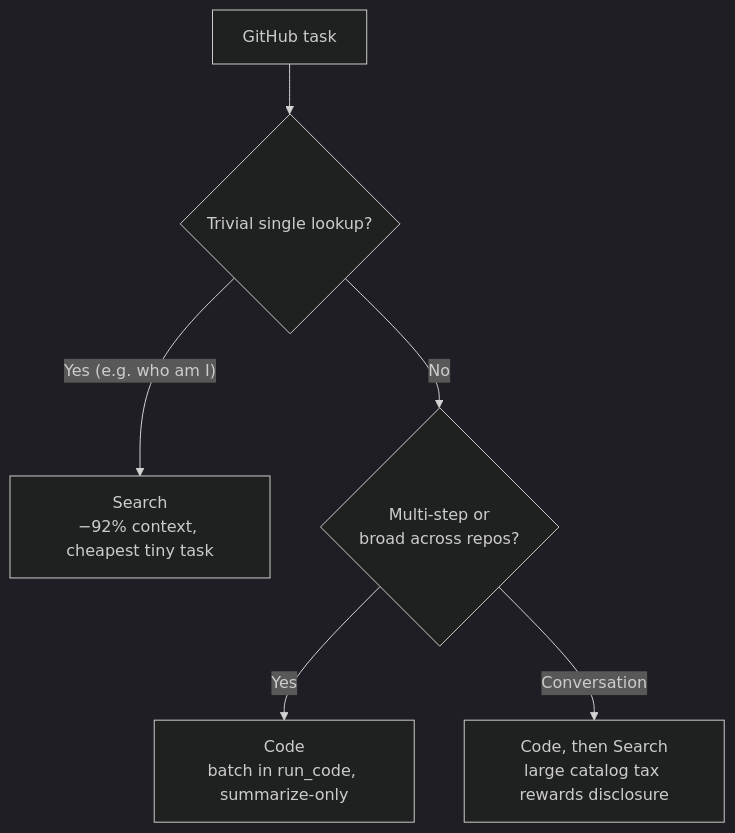
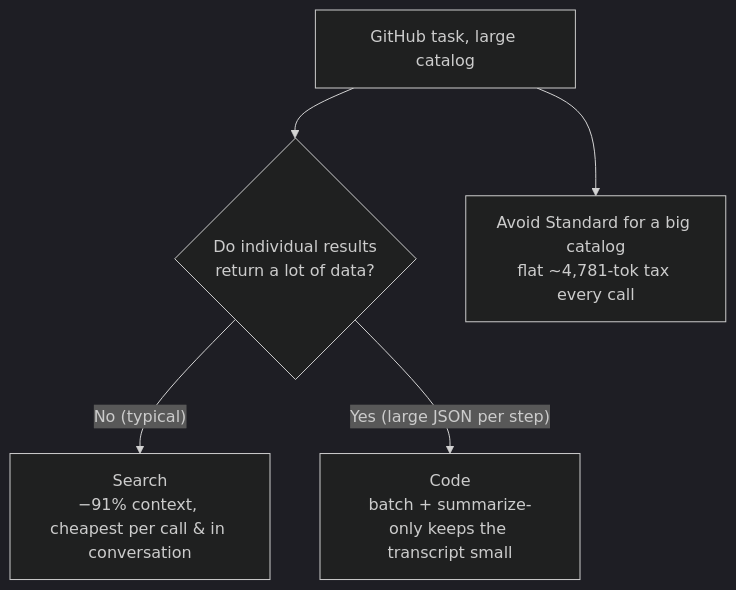
Before and after one commit to sebbycorp/agentgateway-demos: the sixth of 6 diagrams in 104-ent-github-tokenomics/README.md, drawn with Mermaid (dark theme). The commit also changed other lines of this file and 8 other files, not shown here.

First line of the commit message:
chore(104): lock test to a single read-only sandbox repo

````diff
--- a/104-ent-github-tokenomics/README.md
+++ b/104-ent-github-tokenomics/README.md
@@ -188,8 +188,7 @@
 ```mermaid
 flowchart TD
-    A[GitHub task] --> B{Trivial single lookup?}
-    B -->|"Yes (e.g. who am I)"| C[Search<br/>−92% context, cheapest tiny task]
-    B -->|No| D{Multi-step or<br/>broad across repos?}
-    D -->|Yes| E[Code<br/>batch in run_code, summarize-only]
-    D -->|Conversation| F[Code, then Search<br/>large catalog tax rewards disclosure]
+    A[GitHub task, large catalog] --> B{Do individual results<br/>return a lot of data?}
+    B -->|"No (typical)"| C[Search<br/>−91% context, cheapest per call & in conversation]
+    B -->|"Yes (large JSON per step)"| D[Code<br/>batch + summarize-only keeps the transcript small]
+    A --> E[Avoid Standard for a big catalog<br/>flat ~4,781-tok tax every call]
 ```
````
